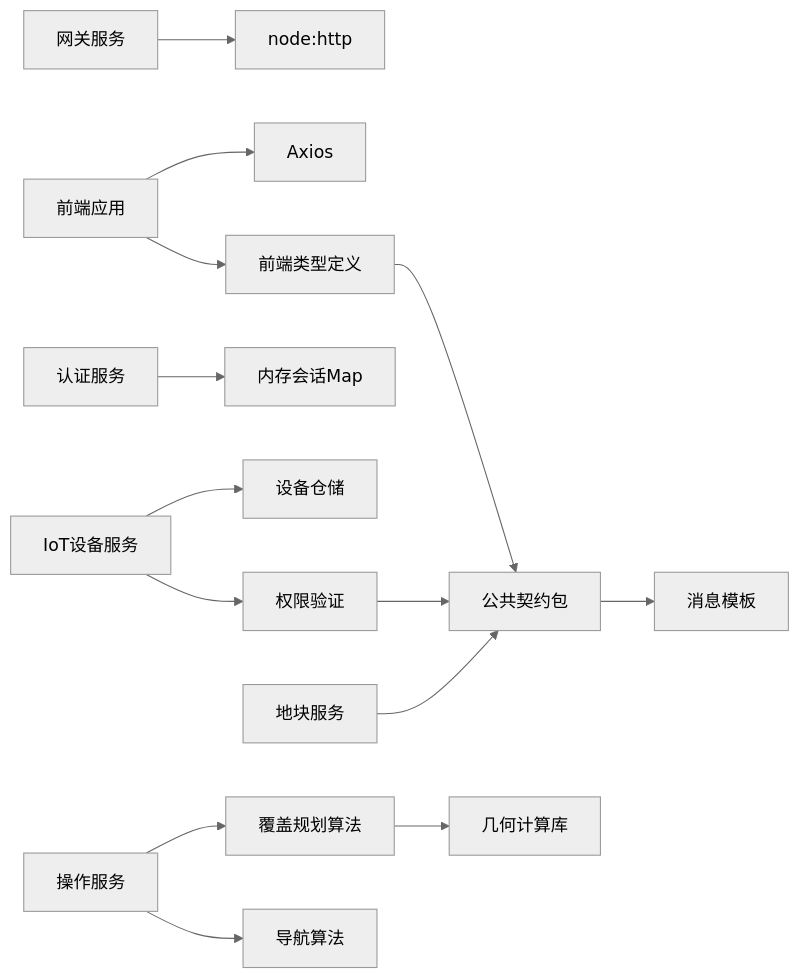
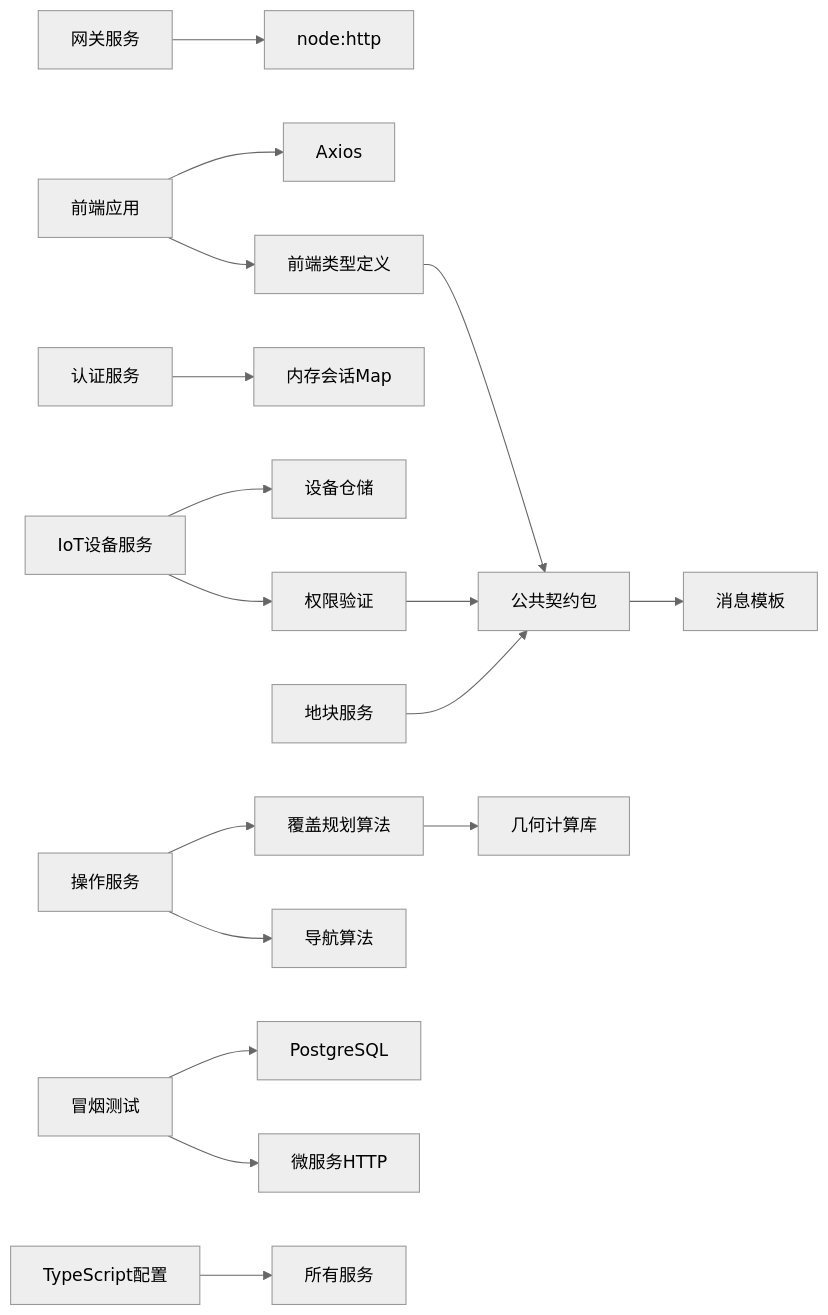
Diagram 19 of 19 in .qoder/repowiki/zh/content/前端应用文档/API集成.md (q446328246/agri-platform), drawn with Mermaid (neutral theme) before and after one commit. The commit also changed other lines of this file and 35 other files, not shown here.

````diff
--- a/.qoder/repowiki/zh/content/前端应用文档/API集成.md
+++ b/.qoder/repowiki/zh/content/前端应用文档/API集成.md
@@ -724,16 +794,19 @@
 ```mermaid
 graph LR
 WEB["前端应用"] --> AXIOS["Axios"]
 WEB --> TYPES["前端类型定义"]
 GATEWAY["网关服务"] --> NODE_HTTP["node:http"]
 AUTH["认证服务"] --> MAP["内存会话Map"]
 IOT["IoT设备服务"] --> DEVICE_REPO["设备仓储"]
 IOT --> AUTHZ["权限验证"]
 PLOT["地块服务"] --> CONTRACTS["公共契约包"]
 OPERATION["操作服务"] --> COVERAGE["覆盖规划算法"]
 OPERATION --> NAVIGATION["导航算法"]
 CONTRACTS --> MESSAGES["消息模板"]
 TYPES --> CONTRACTS
 AUTHZ --> CONTRACTS
 COVERAGE --> GEOMETRY["几何计算库"]
+SMOKE["冒烟测试"] --> DB["PostgreSQL"]
+SMOKE --> SERVICES["微服务HTTP"]
+TS_CONFIG["TypeScript配置"] --> ALL_SERVICES["所有服务"]
 ```
````
